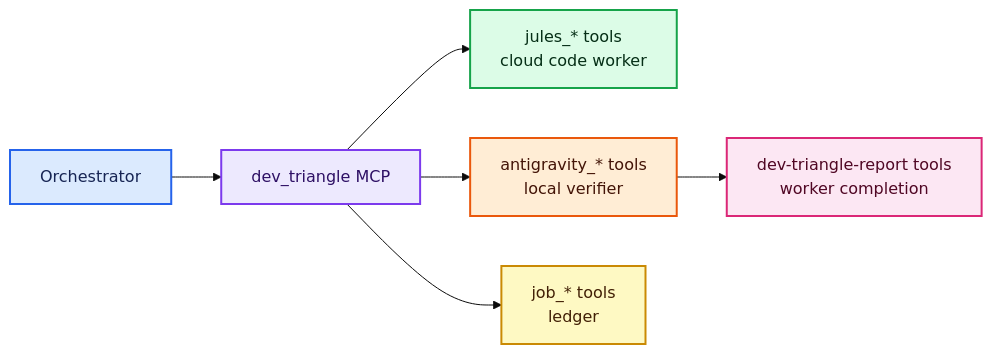
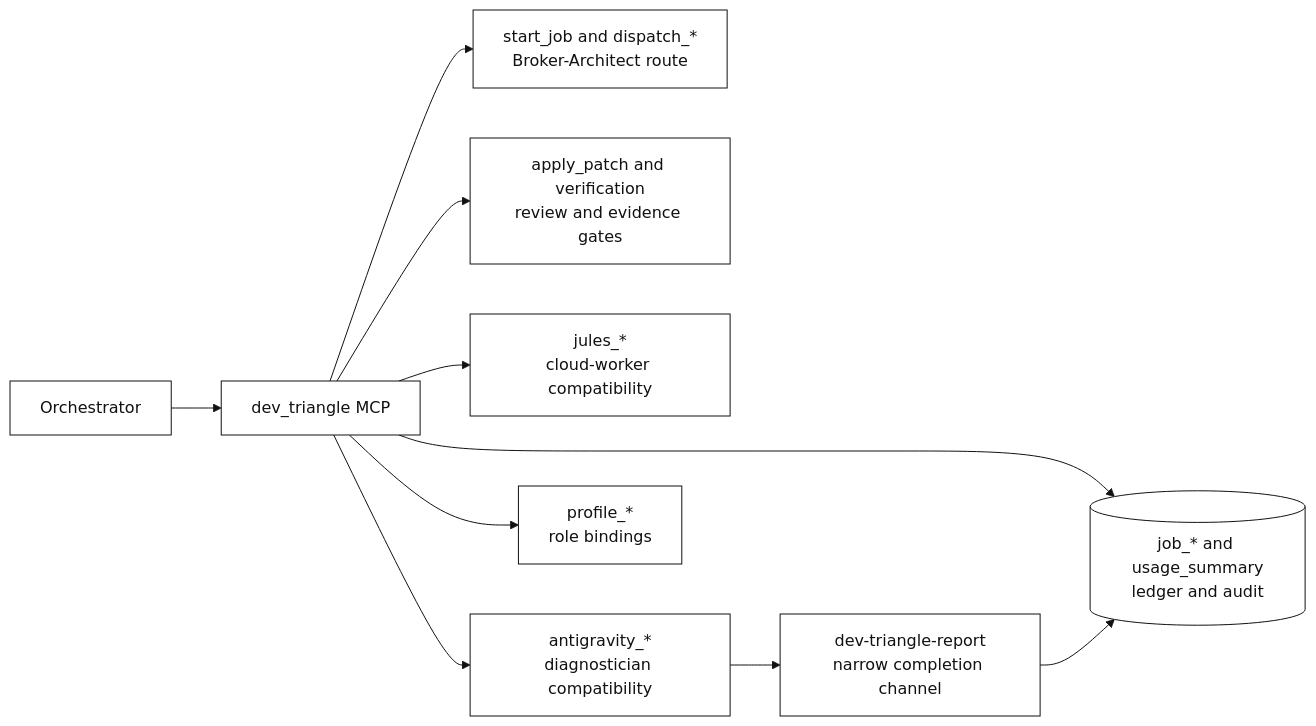
The diagram in docs/TOOL_REFERENCE.md (SpadesZ/dev-triangle-mcp), drawn with Mermaid (base theme) before and after one commit. The commit also changed other lines of this file and 11 other files, not shown here.

````diff
--- a/docs/TOOL_REFERENCE.md
+++ b/docs/TOOL_REFERENCE.md
@@ -28,15 +30,18 @@
 ```mermaid
 flowchart LR
-  O["Orchestrator"]:::orchestrator --> M["dev_triangle MCP"]:::mcp
-  M --> JT["jules_* tools<br/>cloud code worker"]:::worker
-  M --> AT["antigravity_* tools<br/>local verifier"]:::verifier
-  M --> LT["job_* tools<br/>ledger"]:::state
-  AT --> RT["dev-triangle-report tools<br/>worker completion"]:::report
+  O["Orchestrator"] --> M["dev_triangle MCP"]
+  M --> BA["start_job and dispatch_*<br/>Broker-Architect route"]
+  M --> PV["apply_patch and verification<br/>review and evidence gates"]
+  M --> JT["jules_*<br/>cloud-worker compatibility"]
+  M --> AT["antigravity_*<br/>diagnostician compatibility"]
+  M --> PT["profile_*<br/>role bindings"]
+  M --> LT[("job_* and usage_summary<br/>ledger and audit")]
+  AT --> RT["dev-triangle-report<br/>narrow completion channel"]
+  RT --> LT
 
-  classDef orchestrator fill:#dbeafe,stroke:#2563eb,color:#172554,stroke-width:2px;
-  classDef mcp fill:#ede9fe,stroke:#7c3aed,color:#2e1065,stroke-width:2px;
-  classDef worker fill:#dcfce7,stroke:#16a34a,color:#052e16,stroke-width:2px;
-  classDef verifier fill:#ffedd5,stroke:#ea580c,color:#431407,stroke-width:2px;
-  classDef report fill:#fce7f3,stroke:#db2777,color:#500724,stroke-width:2px;
-  classDef state fill:#fef9c3,stroke:#ca8a04,color:#422006,stroke-width:2px;
+  classDef process fill:#ffffff,stroke:#111111,color:#111111,stroke-width:1px;
+  classDef store fill:#ffffff,stroke:#111111,color:#111111,stroke-width:1px;
+  class O,M,BA,PV,JT,AT,PT,RT process;
+  class LT store;
+  linkStyle default stroke:#111111,stroke-width:1px;
 ```
````
